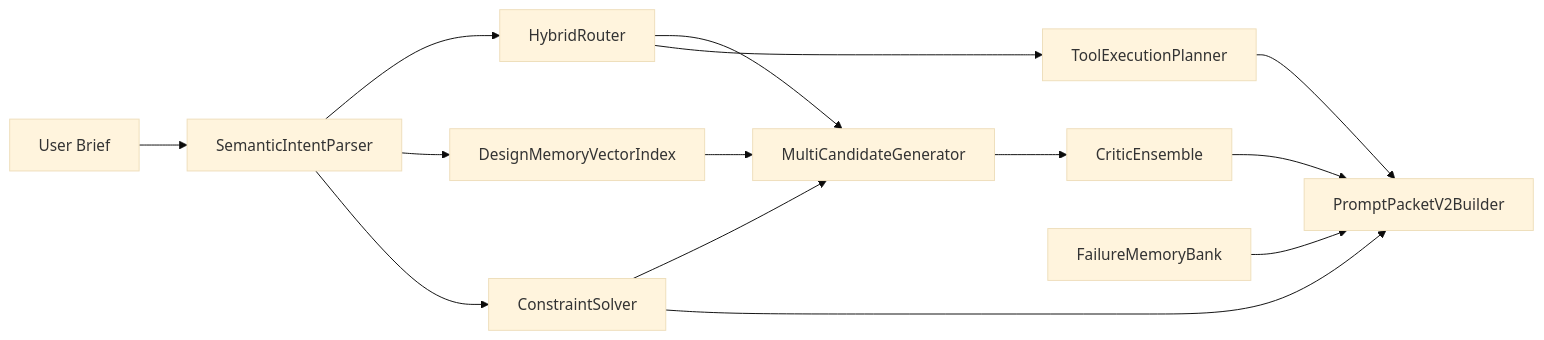
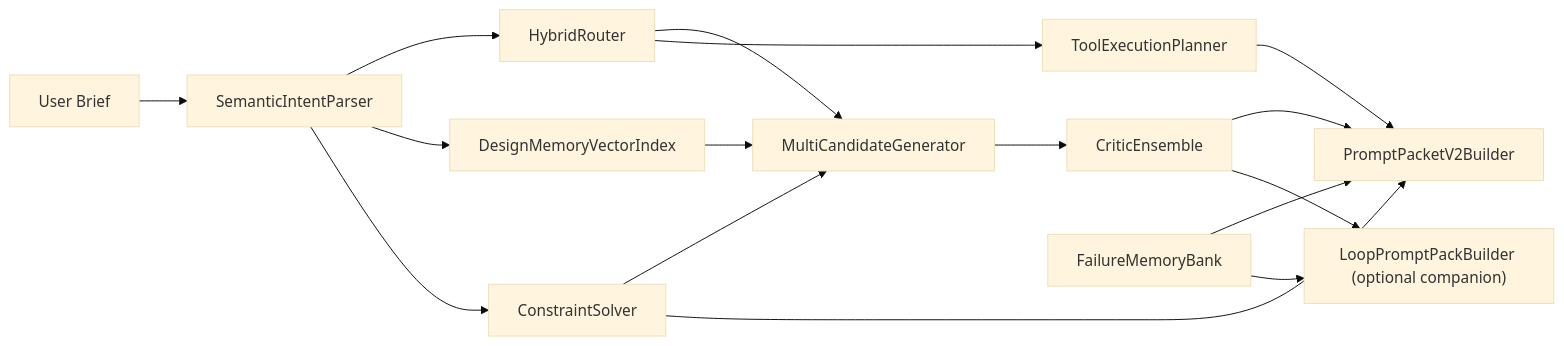
Before and after one commit to dreambloomdesign-code/DESIGNOSFORGE: the diagram in docs/DESIGNOSFORGE_v2_ARCHITECTURE_BLUEPRINT.md, drawn with Mermaid (base theme). The commit also changed other lines of this file and 13 other files, not shown here.

Commit message:
feat: add loop prompt companion pack

````diff
--- a/docs/DESIGNOSFORGE_v2_ARCHITECTURE_BLUEPRINT.md
+++ b/docs/DESIGNOSFORGE_v2_ARCHITECTURE_BLUEPRINT.md
@@ -7,16 +7,18 @@
 ```mermaid
 flowchart LR
   A["User Brief"] --> B["SemanticIntentParser"]
   B --> C["HybridRouter"]
   B --> D["DesignMemoryVectorIndex"]
   B --> E["ConstraintSolver"]
   D --> F["MultiCandidateGenerator"]
   E --> F
   C --> F
   F --> G["CriticEnsemble"]
   C --> H["ToolExecutionPlanner"]
   G --> I["PromptPacketV2Builder"]
   H --> I
   E --> I
   J["FailureMemoryBank"] --> I
+  G --> K["LoopPromptPackBuilder (optional companion)"]
+  J --> K
 ```
````
